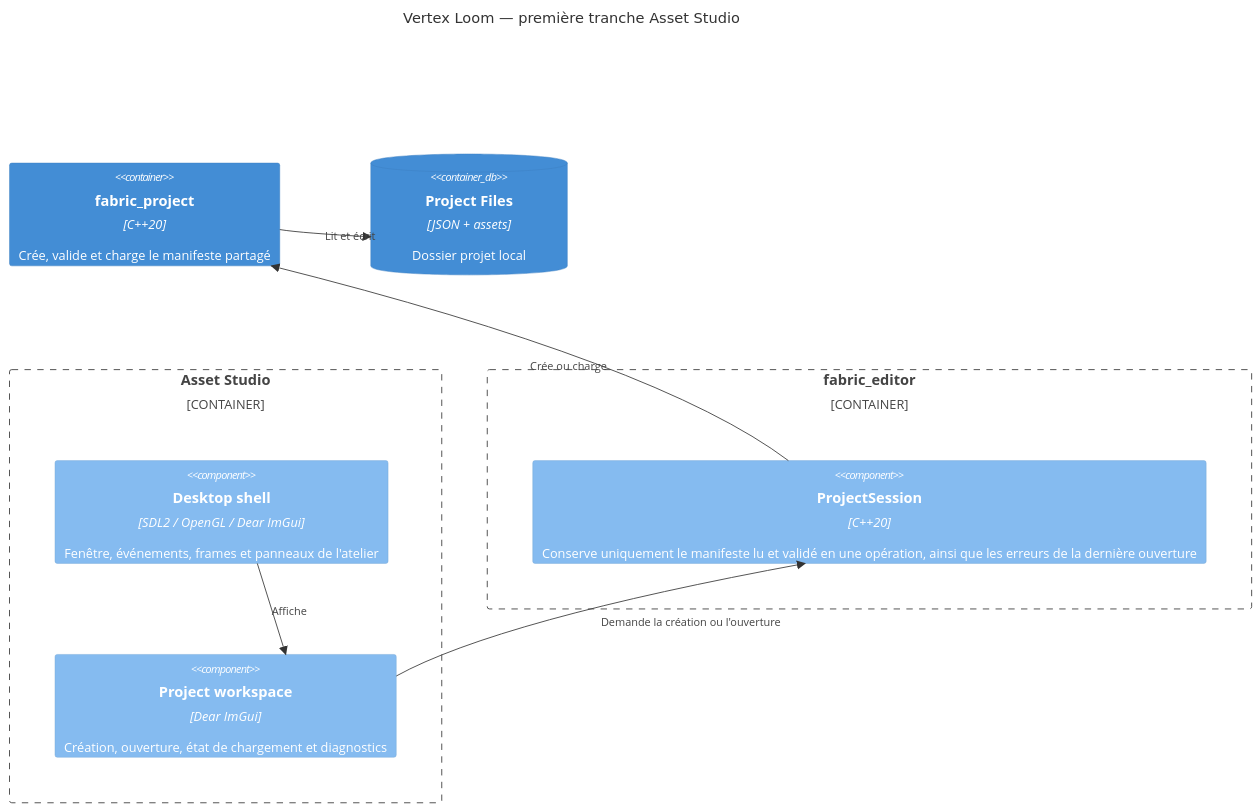
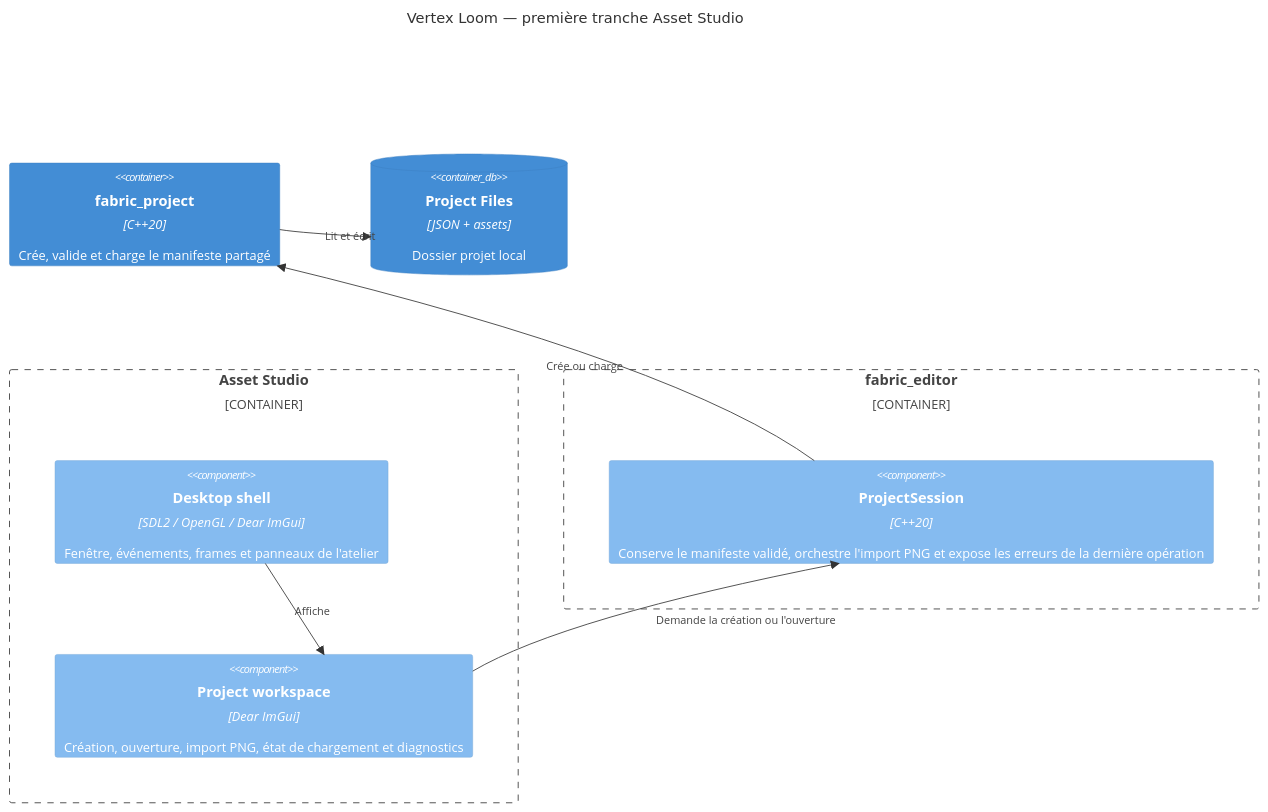
Before and after one commit to tristan-monticelli/vertex-loom: the diagram in docs/architecture/components/editor-shell.md, drawn with Mermaid. The commit also changed other lines of this file and 20 other files, not shown here.

Commit message:
feat(project): add persistent PNG texture import

````diff
--- a/docs/architecture/components/editor-shell.md
+++ b/docs/architecture/components/editor-shell.md
@@ -3,17 +3,17 @@
 ```mermaid
 C4Component
     title Vertex Loom — première tranche Asset Studio
     Container_Boundary(asset, "Asset Studio") {
         Component(shell, "Desktop shell", "SDL2 / OpenGL / Dear ImGui", "Fenêtre, événements, frames et panneaux de l'atelier")
-        Component(project_ui, "Project workspace", "Dear ImGui", "Création, ouverture, état de chargement et diagnostics")
+        Component(project_ui, "Project workspace", "Dear ImGui", "Création, ouverture, import PNG, état de chargement et diagnostics")
     }
     Container_Boundary(editor, "fabric_editor") {
-        Component(session, "ProjectSession", "C++20", "Conserve uniquement le manifeste lu et validé en une opération, ainsi que les erreurs de la dernière ouverture")
+        Component(session, "ProjectSession", "C++20", "Conserve le manifeste validé, orchestre l'import PNG et expose les erreurs de la dernière opération")
     }
     Container(project, "fabric_project", "C++20", "Crée, valide et charge le manifeste partagé")
     ContainerDb(files, "Project Files", "JSON + assets", "Dossier projet local")
     Rel(shell, project_ui, "Affiche")
     Rel(project_ui, session, "Demande la création ou l'ouverture")
     Rel(session, project, "Crée ou charge")
     Rel(project, files, "Lit et écrit")
 ```
````
